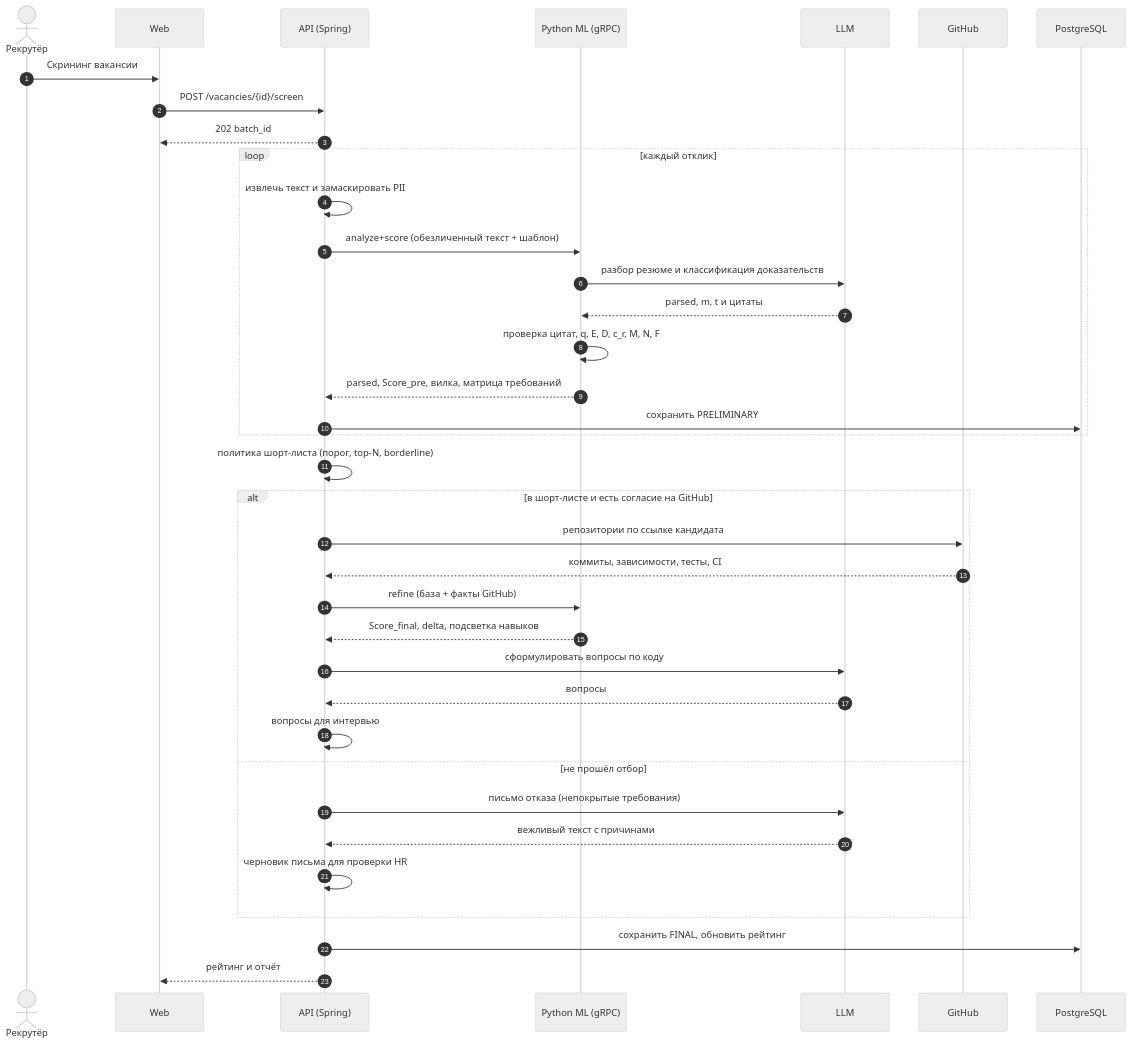
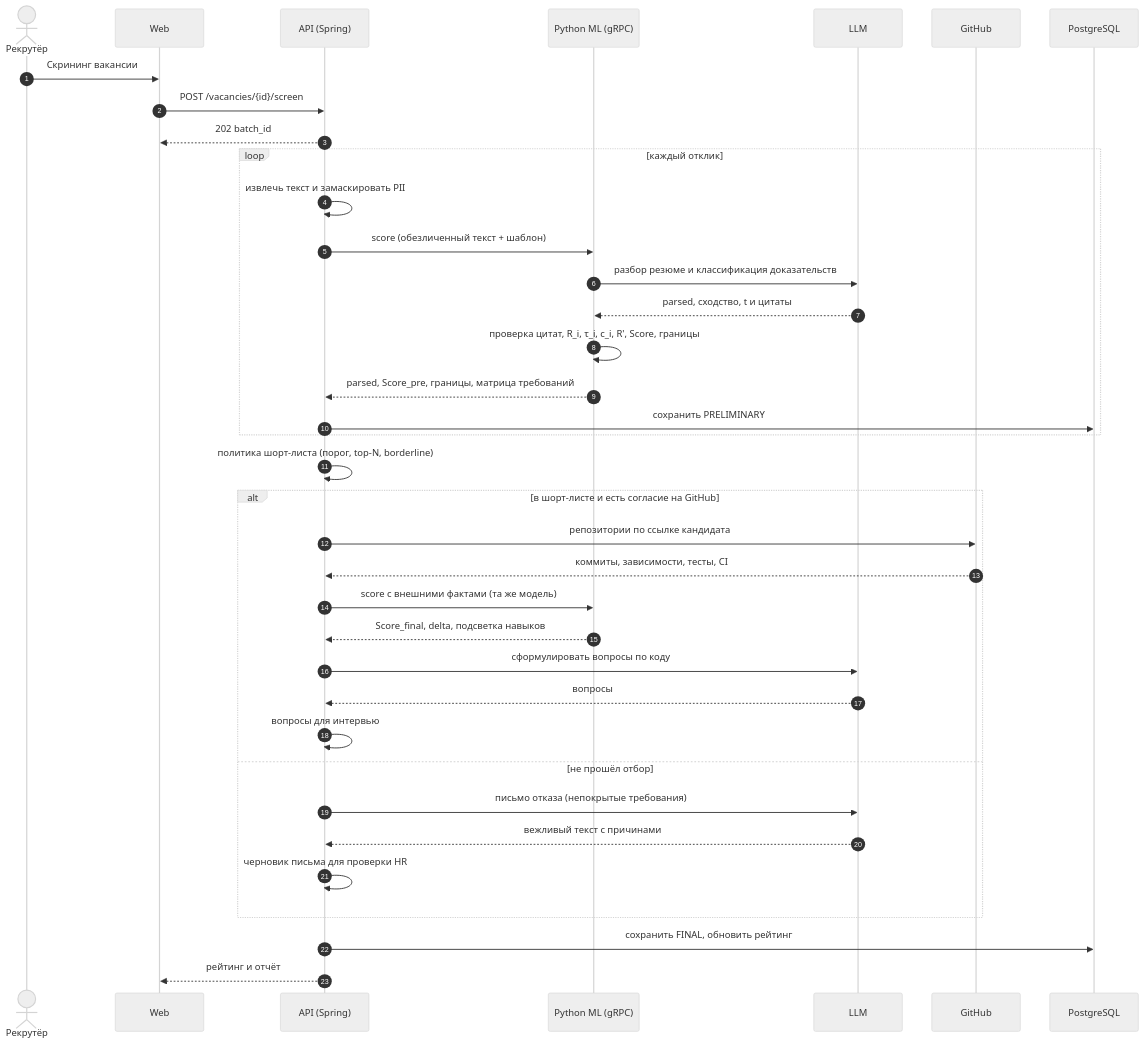
Before and after one commit to MiZentUi/tracing_ats: the third of 7 diagrams in README.md, drawn with Mermaid (neutral theme). The commit also changed other lines of this file and 1 other file, not shown here.

````diff
--- a/README.md
+++ b/README.md
@@ -284,40 +288,40 @@
 ```mermaid
 sequenceDiagram
     autonumber
     actor HR as Рекрутёр
     participant W as Web
     participant A as API (Spring)
     participant P as Python ML (gRPC)
     participant L as LLM
     participant G as GitHub
     participant D as PostgreSQL
 
     HR->>W: Скрининг вакансии
     W->>A: POST /vacancies/{id}/screen
     A-->>W: 202 batch_id
     loop каждый отклик
         A->>A: извлечь текст и замаскировать PII
-        A->>P: analyze+score (обезличенный текст + шаблон)
+        A->>P: score (обезличенный текст + шаблон)
         P->>L: разбор резюме и классификация доказательств
-        L-->>P: parsed, m, t и цитаты
-        P->>P: проверка цитат, q, E, D, c_r, M, N, F
-        P-->>A: parsed, Score_pre, вилка, матрица требований
+        L-->>P: parsed, сходство, t и цитаты
+        P->>P: проверка цитат, R_i, τ_i, c_i, R', Score, границы
+        P-->>A: parsed, Score_pre, границы, матрица требований
         A->>D: сохранить PRELIMINARY
     end
     A->>A: политика шорт-листа (порог, top-N, borderline)
     alt в шорт-листе и есть согласие на GitHub
         A->>G: репозитории по ссылке кандидата
         G-->>A: коммиты, зависимости, тесты, CI
-        A->>P: refine (база + факты GitHub)
+        A->>P: score с внешними фактами (та же модель)
         P-->>A: Score_final, delta, подсветка навыков
         A->>L: сформулировать вопросы по коду
         L-->>A: вопросы
         A->>A: вопросы для интервью
     else не прошёл отбор
         A->>L: письмо отказа (непокрытые требования)
         L-->>A: вежливый текст с причинами
         A->>A: черновик письма для проверки HR
     end
     A->>D: сохранить FINAL, обновить рейтинг
     A-->>W: рейтинг и отчёт
 ```
````
